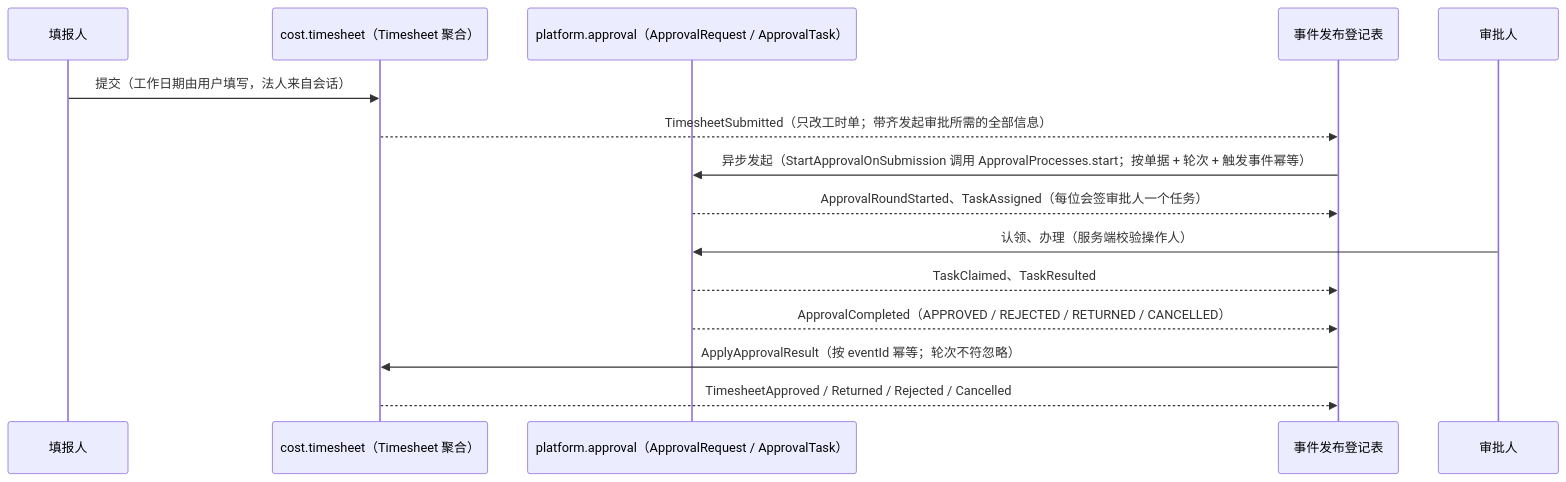
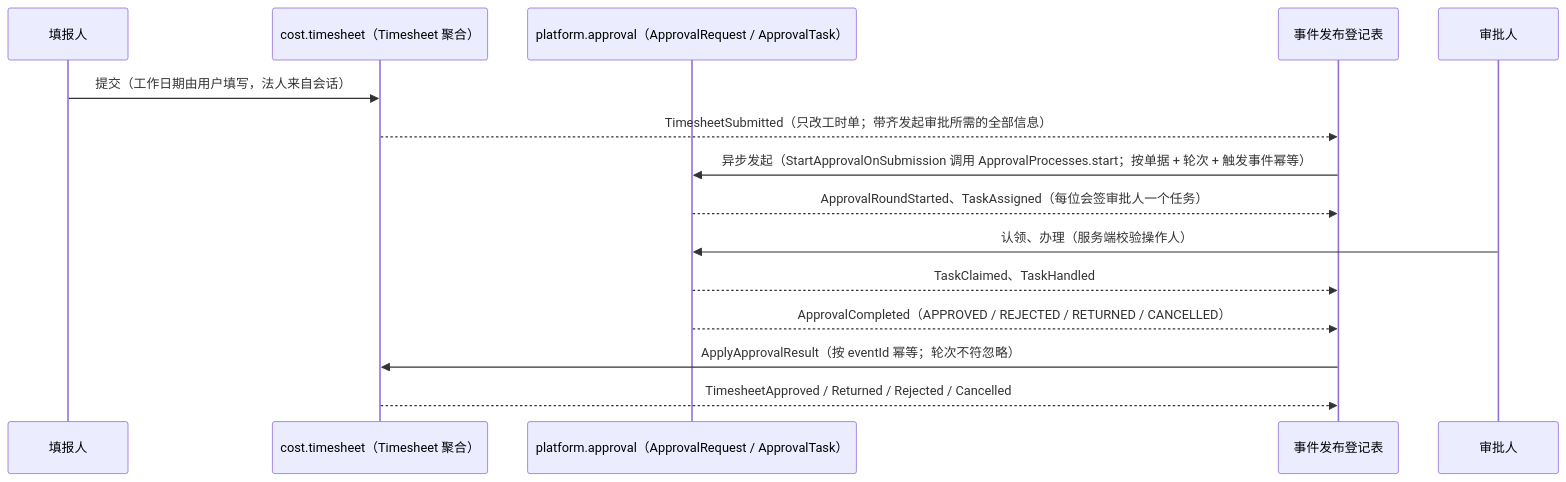
One commit to YeliangDu/forcitis-one-psa-codex-lab changed the fifth of 6 diagrams in docs/modernization/REIMAGINED_ARCHITECTURE.md. Above: the diagram before and after it, drawn with Mermaid. The commit also changed other lines of this file and 6 other files, not shown here.

Commit message:
docs: D-16 两个审批事件改名（ApprovalTaskBecameOverdue、TaskHandled）

````diff
--- a/docs/modernization/REIMAGINED_ARCHITECTURE.md
+++ b/docs/modernization/REIMAGINED_ARCHITECTURE.md
@@ -244,17 +244,17 @@
 ```mermaid
 sequenceDiagram
     participant U as 填报人
     participant T as cost.timesheet（Timesheet 聚合）
     participant A as platform.approval（ApprovalRequest / ApprovalTask）
     participant R as 事件发布登记表
     participant M as 审批人
     U->>T: 提交（工作日期由用户填写，法人来自会话）
     T-->>R: TimesheetSubmitted（只改工时单；带齐发起审批所需的全部信息）
     R->>A: 异步发起（StartApprovalOnSubmission 调用 ApprovalProcesses.start；按单据 + 轮次 + 触发事件幂等）
     A-->>R: ApprovalRoundStarted、TaskAssigned（每位会签审批人一个任务）
     M->>A: 认领、办理（服务端校验操作人）
-    A-->>R: TaskClaimed、TaskResulted
+    A-->>R: TaskClaimed、TaskHandled
     A-->>R: ApprovalCompleted（APPROVED / REJECTED / RETURNED / CANCELLED）
     R->>T: ApplyApprovalResult（按 eventId 幂等；轮次不符忽略）
     T-->>R: TimesheetApproved / Returned / Rejected / Cancelled
 ```
````
